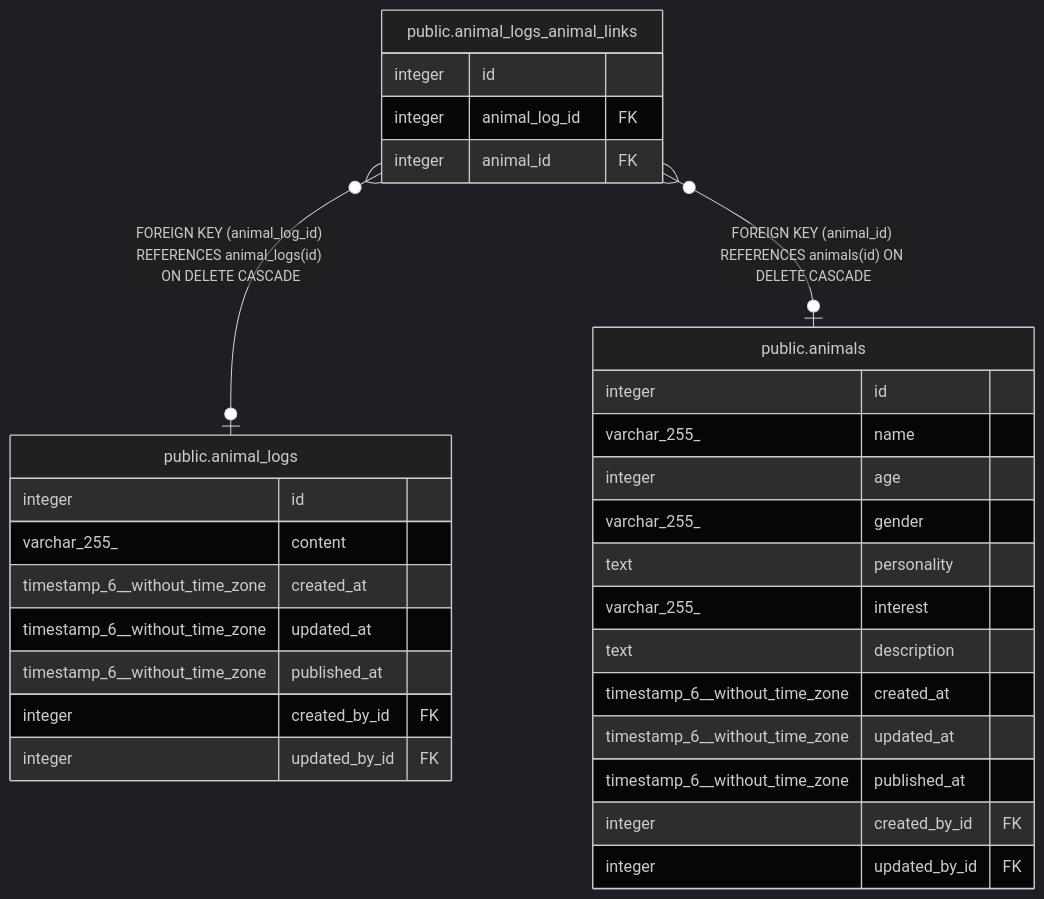
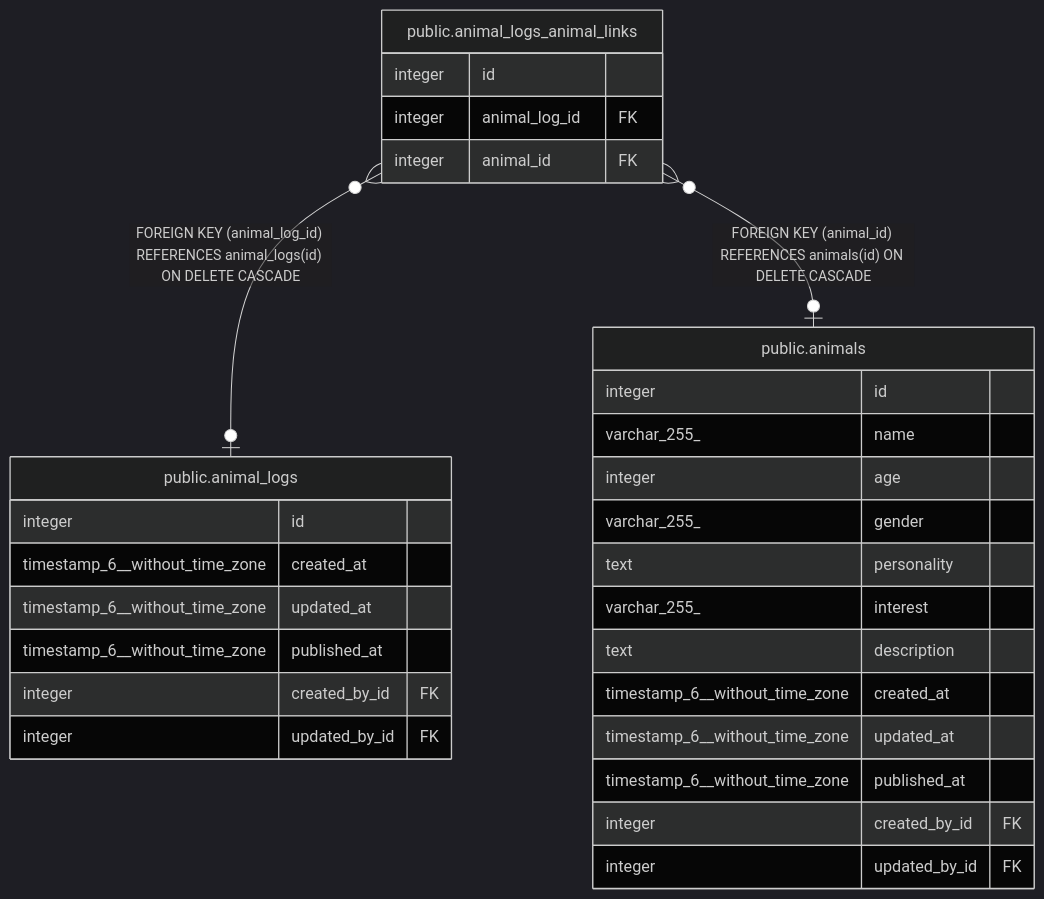
One commit to mosamosamosamosa/Anitection changed the diagram in docs/dbschema/public.animal_logs_animal_links.md. Above: the diagram before and after it, drawn with Mermaid (dark theme). The commit also changed 20 other files, not shown here.

````diff
--- a/docs/dbschema/public.animal_logs_animal_links.md
+++ b/docs/dbschema/public.animal_logs_animal_links.md
@@ -33,35 +33,34 @@
 ```mermaid
 erDiagram
 
 "public.animal_logs_animal_links" }o--o| "public.animal_logs" : "FOREIGN KEY (animal_log_id) REFERENCES animal_logs(id) ON DELETE CASCADE"
 "public.animal_logs_animal_links" }o--o| "public.animals" : "FOREIGN KEY (animal_id) REFERENCES animals(id) ON DELETE CASCADE"
 
 "public.animal_logs_animal_links" {
   integer id
   integer animal_log_id FK
   integer animal_id FK
 }
 "public.animal_logs" {
   integer id
-  varchar_255_ content
   timestamp_6__without_time_zone created_at
   timestamp_6__without_time_zone updated_at
   timestamp_6__without_time_zone published_at
   integer created_by_id FK
   integer updated_by_id FK
 }
 "public.animals" {
   integer id
   varchar_255_ name
   integer age
   varchar_255_ gender
   text personality
   varchar_255_ interest
   text description
   timestamp_6__without_time_zone created_at
   timestamp_6__without_time_zone updated_at
   timestamp_6__without_time_zone published_at
   integer created_by_id FK
   integer updated_by_id FK
 }
 ```
````
